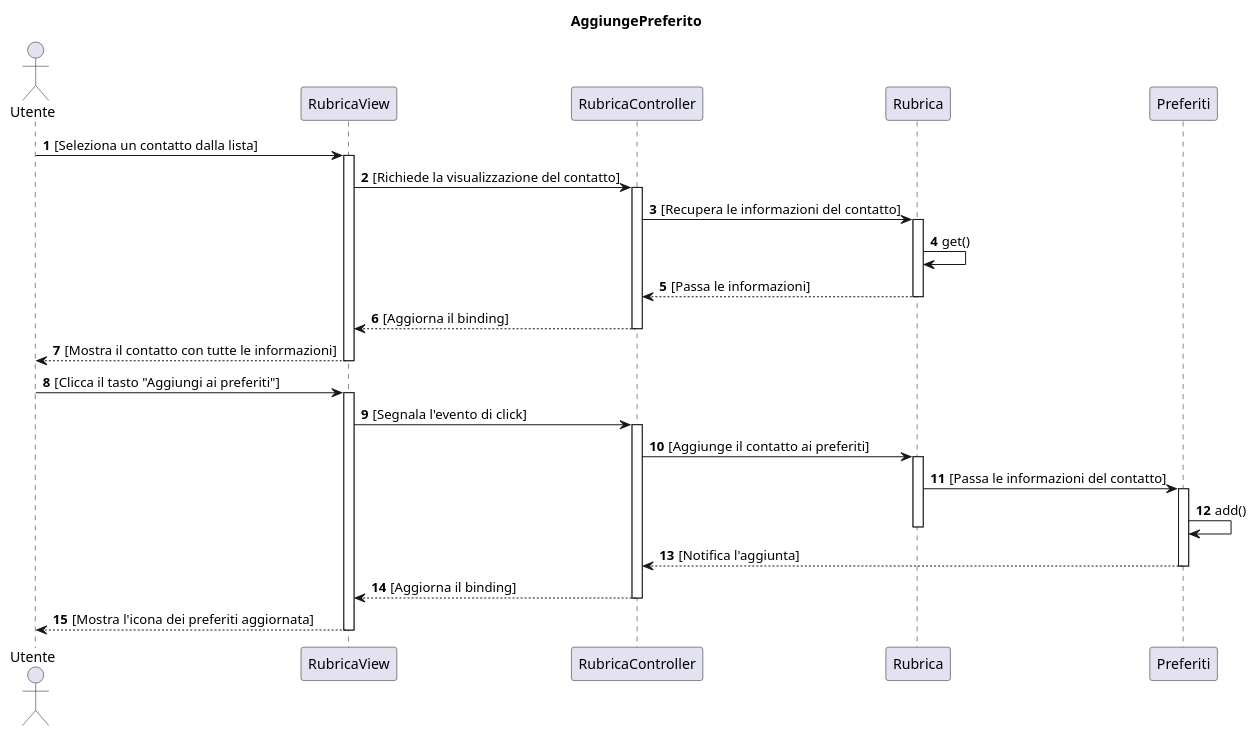
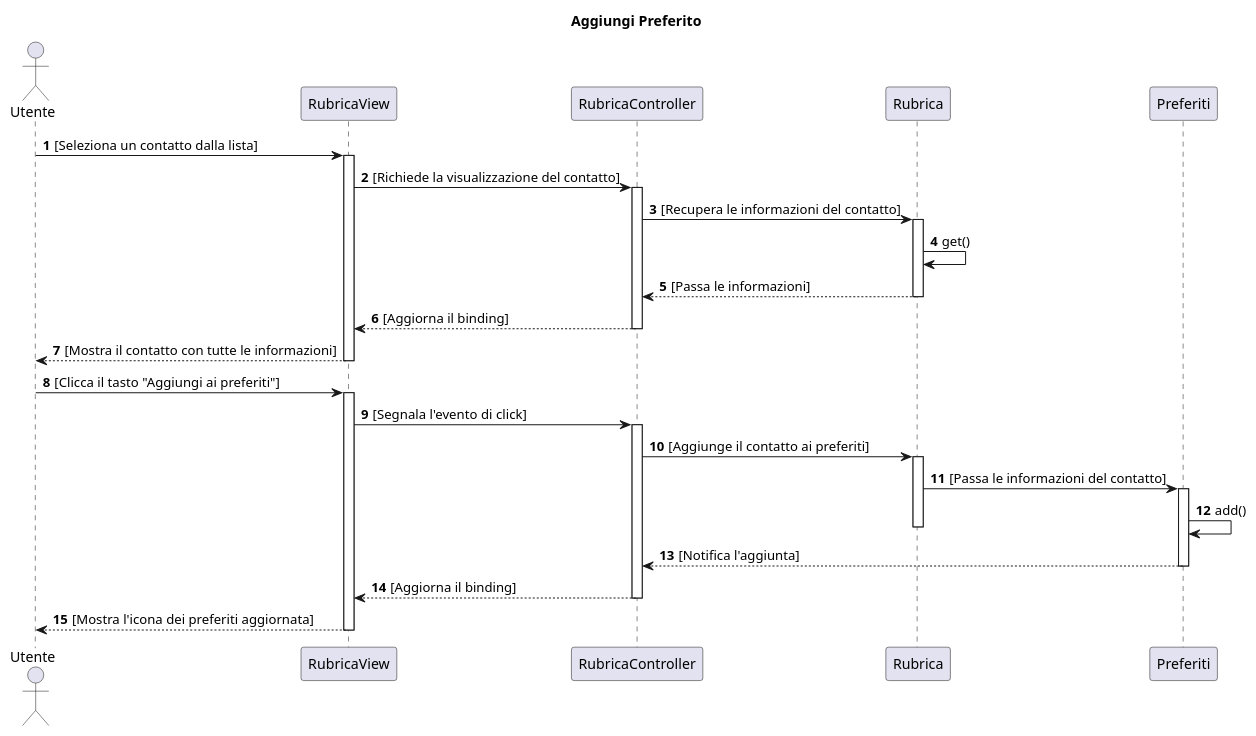
One commit to emanueletocci/uni-swe-project changed the diagram in docs/bozze/Diagrammi/Sequenza/ScenarioAggiuntaPreferiti.puml. Above: the diagram before and after it, drawn with PlantUML. The commit also changed 6 other files, not shown here.

```diff
--- a/docs/bozze/Diagrammi/Sequenza/ScenarioAggiuntaPreferiti.puml
+++ b/docs/bozze/Diagrammi/Sequenza/ScenarioAggiuntaPreferiti.puml
@@ -1,39 +1,39 @@
 @startuml
-title AggiungePreferito
+title Aggiungi Preferito
 autonumber
 actor Utente
 participant RubricaView
 participant RubricaController
 participant Rubrica
 participant Preferiti
 
 Utente->RubricaView : [Seleziona un contatto dalla lista]
 activate RubricaView
 RubricaView->RubricaController : [Richiede la visualizzazione del contatto]
 activate RubricaController
 RubricaController->Rubrica : [Recupera le informazioni del contatto]
 activate Rubrica
 Rubrica->Rubrica: get()
 Rubrica-->RubricaController : [Passa le informazioni]
 deactivate Rubrica
 RubricaController-->RubricaView : [Aggiorna il binding]
 deactivate RubricaController
 RubricaView-->Utente : [Mostra il contatto con tutte le informazioni]
 deactivate RubricaView
 Utente->RubricaView : [Clicca il tasto "Aggiungi ai preferiti"]
 activate RubricaView
 RubricaView->RubricaController : [Segnala l'evento di click]
 activate RubricaController
 RubricaController->Rubrica : [Aggiunge il contatto ai preferiti]
 activate Rubrica
 Rubrica->Preferiti : [Passa le informazioni del contatto]
 activate Preferiti
 Preferiti->Preferiti : add()
 deactivate Rubrica
 Preferiti-->RubricaController : [Notifica l'aggiunta]
 deactivate Preferiti
 RubricaController-->RubricaView : [Aggiorna il binding]
 deactivate RubricaController
 RubricaView-->Utente : [Mostra l'icona dei preferiti aggiornata]
 deactivate RubricaView
 @enduml
```
